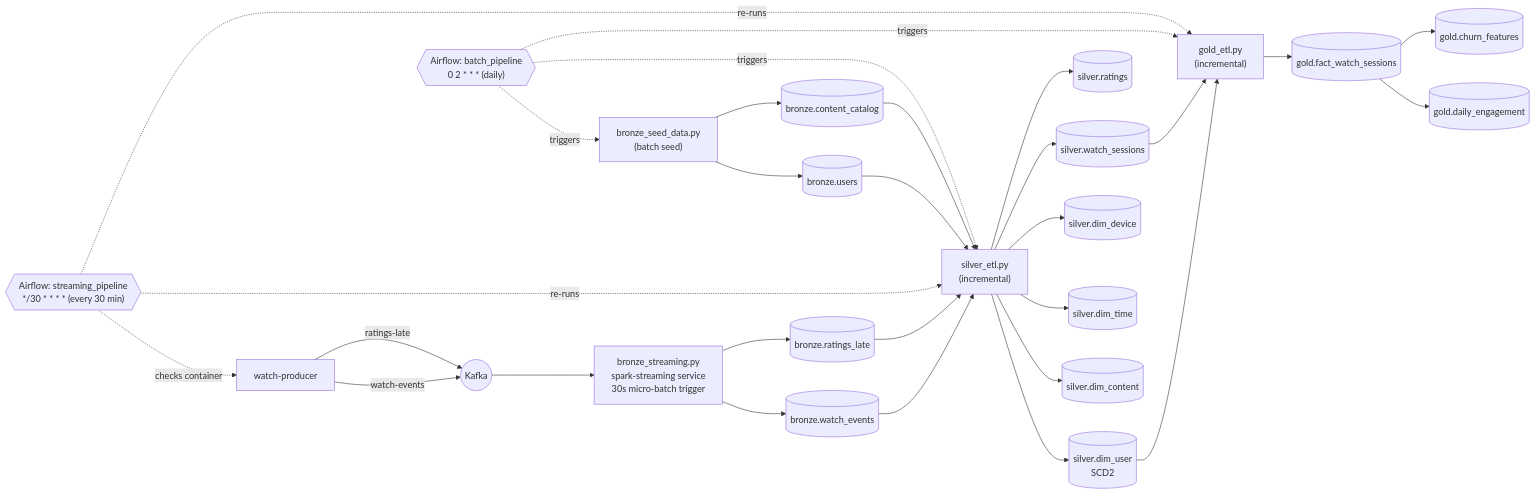
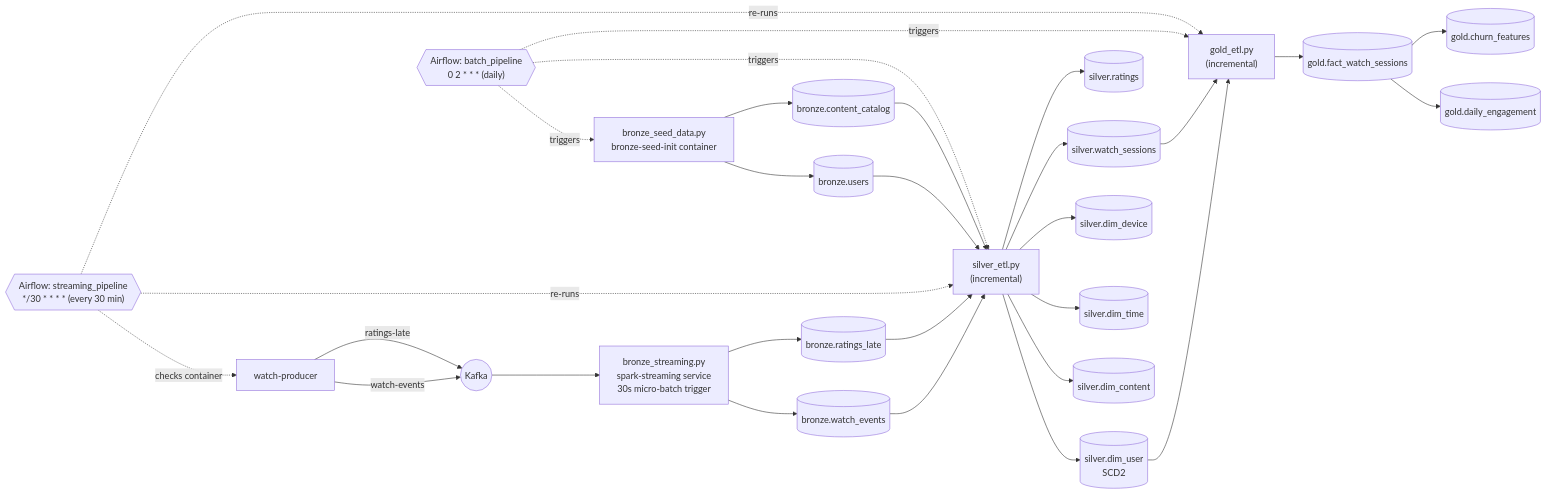
The diagram in docs/architecture.md (Anya-Frolova/streaming-analytics-platform), drawn with Mermaid before and after one commit. The commit also changed other lines of this file and 2 other files, not shown here.

Commit message:
docs: sync with PRs #16-19
sessions_7d now correctly documented as a rolling sum of sessions_count
(the earlier count-of-active-days behavior was fixed in main). Added the
new bronze-seed-init container to the Data Flow diagram and components.md.

````diff
--- a/docs/architecture.md
+++ b/docs/architecture.md
@@ -5,40 +5,40 @@
 ```mermaid
 flowchart LR
 
     WP["watch-producer"] -->|watch-events| K(("Kafka"))
     WP -->|ratings-late| K
 
     K --> BS["bronze_streaming.py<br/>spark-streaming service<br/>30s micro-batch trigger"]
     BS --> BWE[("bronze.watch_events")]
     BS --> BRL[("bronze.ratings_late")]
 
-    BSD["bronze_seed_data.py<br/>(batch seed)"] --> BU[("bronze.users")]
+    BSD["bronze_seed_data.py<br/>bronze-seed-init container"] --> BU[("bronze.users")]
     BSD --> BCC[("bronze.content_catalog")]
 
     BWE --> SE["silver_etl.py<br/>(incremental)"]
     BRL --> SE
     BU --> SE
     BCC --> SE
 
     SE --> DU[("silver.dim_user<br/>SCD2")]
     SE --> DC[("silver.dim_content")]
     SE --> DT[("silver.dim_time")]
     SE --> DD[("silver.dim_device")]
     SE --> WS[("silver.watch_sessions")]
     SE --> SR[("silver.ratings")]
 
     WS --> GE["gold_etl.py<br/>(incremental)"]
     DU --> GE
 
     GE --> FWS[("gold.fact_watch_sessions")]
     FWS --> DE[("gold.daily_engagement")]
     FWS --> CF[("gold.churn_features")]
 
     AF1{{"Airflow: batch_pipeline<br/>0 2 * * * (daily)"}} -.triggers.-> BSD
     AF1 -.triggers.-> SE
     AF1 -.triggers.-> GE
 
     AF2{{"Airflow: streaming_pipeline<br/>*/30 * * * * (every 30 min)"}} -.checks container.-> WP
     AF2 -.re-runs.-> SE
     AF2 -.re-runs.-> GE
 ```
````
